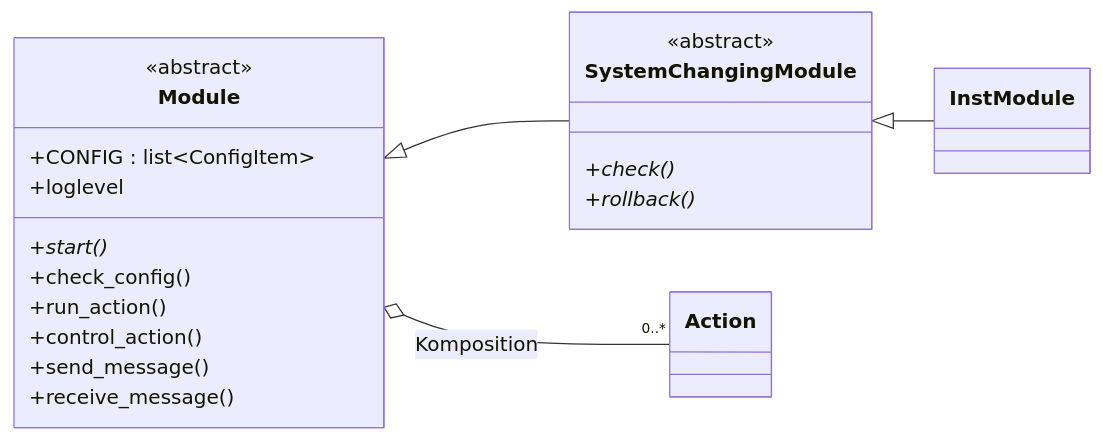
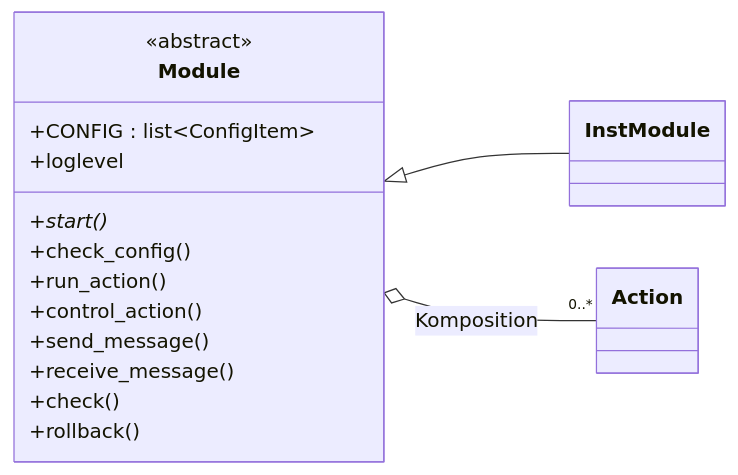
One commit to macodix/pifos changed the third of 7 diagrams in docs/04_implementierungsplan.md. Above: the diagram before and after it, drawn with Mermaid. The commit also changed other lines of this file, not shown here.

Commit message:
SystemChangingModule aufgeloest: check/rollback als optionale Methoden in Module (check -> bool | None)

````diff
--- a/docs/04_implementierungsplan.md
+++ b/docs/04_implementierungsplan.md
@@ -141,27 +141,23 @@
 ```mermaid
 classDiagram
     direction LR
 
     class Module {
         <<abstract>>
         +CONFIG : list~ConfigItem~
         +loglevel
         +start()*
         +check_config()
         +run_action()
         +control_action()
         +send_message()
         +receive_message()
-    }
-    class SystemChangingModule {
-        <<abstract>>
-        +check()*
-        +rollback()*
+        +check()
+        +rollback()
     }
     class InstModule
     class Action
 
-    Module <|-- SystemChangingModule
-    SystemChangingModule <|-- InstModule
+    Module <|-- InstModule
     Module o-- "0..*" Action : Komposition
 ```
````
